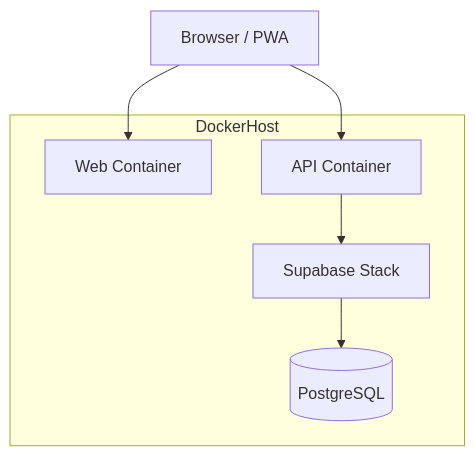
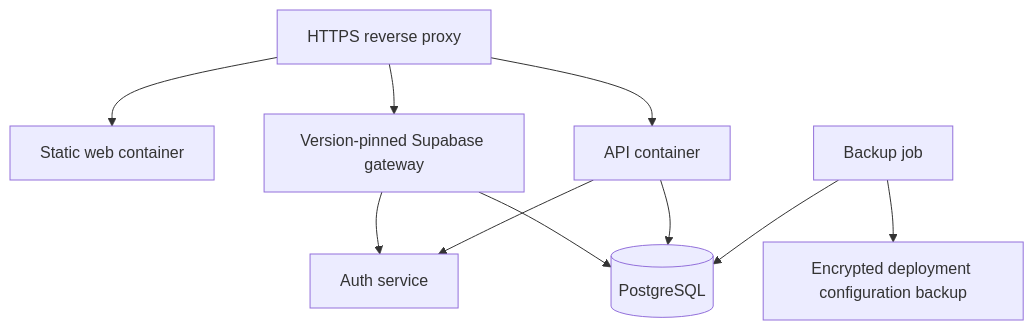
One commit to dufferx/goal-tracker changed the fourth of 4 diagrams in docs/GoalTracker_Architecture_Blueprint.md. Above: the diagram before and after it, drawn with Mermaid. The commit also changed other lines of this file and 11 other files, not shown here.

````diff
--- a/docs/GoalTracker_Architecture_Blueprint.md
+++ b/docs/GoalTracker_Architecture_Blueprint.md
@@ -739,14 +152,13 @@
 ```mermaid
 flowchart TB
-    subgraph DockerHost
-      WEB[Web Container]
-      API[API Container]
-      SUPA[Supabase Stack]
-      PG[(PostgreSQL)]
-    end
-
-    USER[Browser / PWA] --> WEB
-    USER --> API
-    API --> SUPA
-    SUPA --> PG
+    RP[HTTPS reverse proxy]
+    RP --> WEB[Static web container]
+    RP --> API[API container]
+    RP --> SB[Version-pinned Supabase gateway]
+    SB --> AUTH[Auth service]
+    SB --> PG[(PostgreSQL)]
+    API --> AUTH
+    API --> PG
+    BK[Backup job] --> PG
+    BK --> CFG[Encrypted deployment configuration backup]
 ```
````
